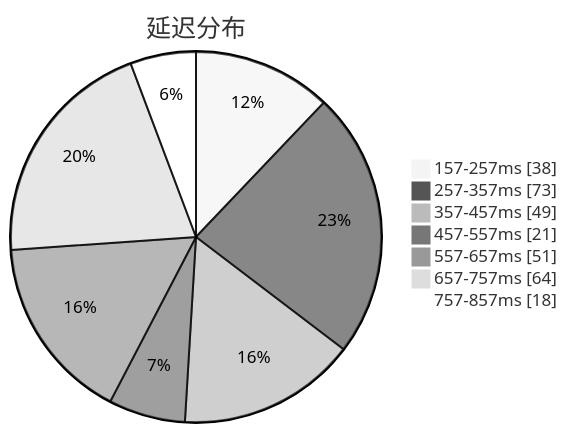
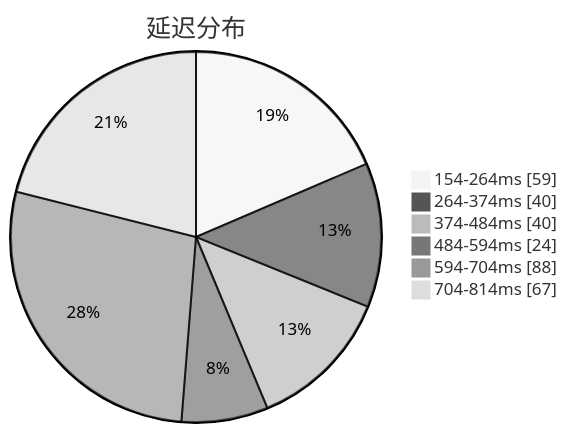
The first of 3 diagrams in subs/statistics/tested_within.md (qjlxg/airport), drawn with Mermaid (neutral theme) before and after one commit. The commit also changed other lines of this file and 2 other files, not shown here.

````diff
--- a/subs/statistics/tested_within.md
+++ b/subs/statistics/tested_within.md
@@ -2,11 +2,10 @@
 ```mermaid
 pie showData
 title 延迟分布
-"157-257ms" : 38
-"257-357ms" : 73
-"357-457ms" : 49
-"457-557ms" : 21
-"557-657ms" : 51
-"657-757ms" : 64
-"757-857ms" : 18
+"154-264ms" : 59
+"264-374ms" : 40
+"374-484ms" : 40
+"484-594ms" : 24
+"594-704ms" : 88
+"704-814ms" : 67
 ```
````
